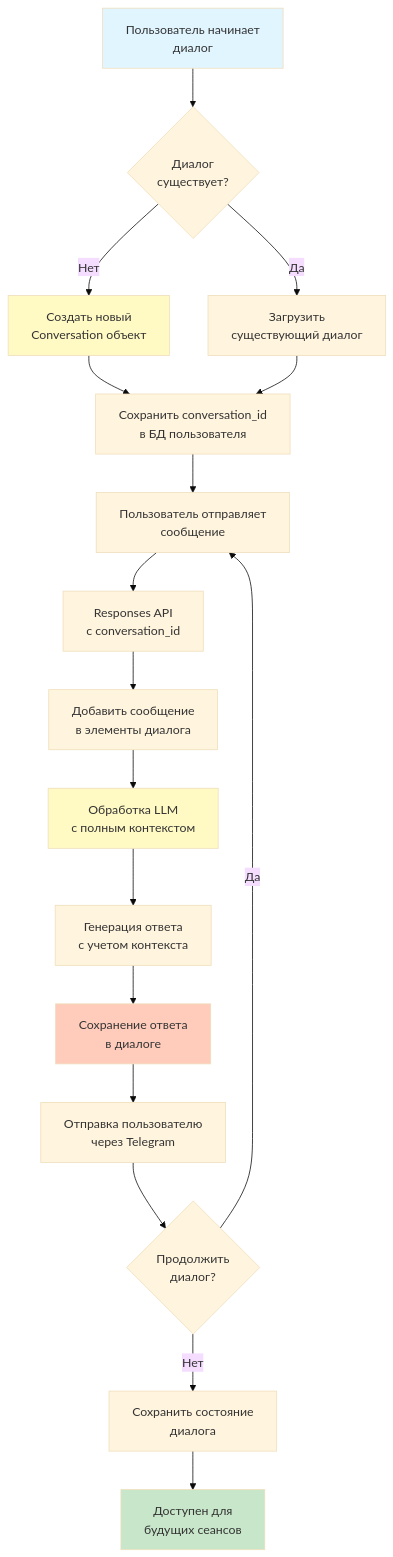
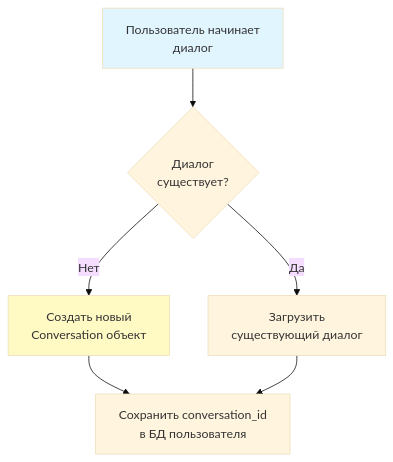
The fifth of 5 diagrams in README.ru.md (Hanbiike/law-rag-system), drawn with Mermaid (base theme) before and after one commit. The commit also changed other lines of this file and 1 other file, not shown here.

Commit message:
readme improv

````diff
--- a/README.ru.md
+++ b/README.ru.md
@@ -552,37 +539,13 @@
 ```mermaid
 flowchart TD
     A[Пользователь начинает<br/>диалог] --> B{Диалог<br/>существует?}
     
     B -->|Нет| C[Создать новый<br/>Conversation объект]
     B -->|Да| D[Загрузить<br/>существующий диалог]
     
     C --> E[Сохранить conversation_id<br/>в БД пользователя]
     D --> E
     
-    E --> F[Пользователь отправляет<br/>сообщение]
-    
-    F --> G[Responses API<br/>с conversation_id]
-    
-    G --> H[Добавить сообщение<br/>в элементы диалога]
-    
-    H --> I[Обработка LLM<br/>с полным контекстом]
-    
-    I --> J[Генерация ответа<br/>с учетом контекста]
-    
-    J --> K[Сохранение ответа<br/>в диалоге]
-    
-    K --> L[Отправка пользователю<br/>через Telegram]
-    
-    L --> M{Продолжить<br/>диалог?}
-    
-    M -->|Да| F
-    M -->|Нет| N[Сохранить состояние<br/>диалога]
-    
-    N --> O[Доступен для<br/>будущих сеансов]
-    
     style A fill:#e1f5ff
-    style O fill:#c8e6c9
     style C fill:#fff9c4
-    style I fill:#fff9c4
-    style K fill:#ffccbc
 ```
````
